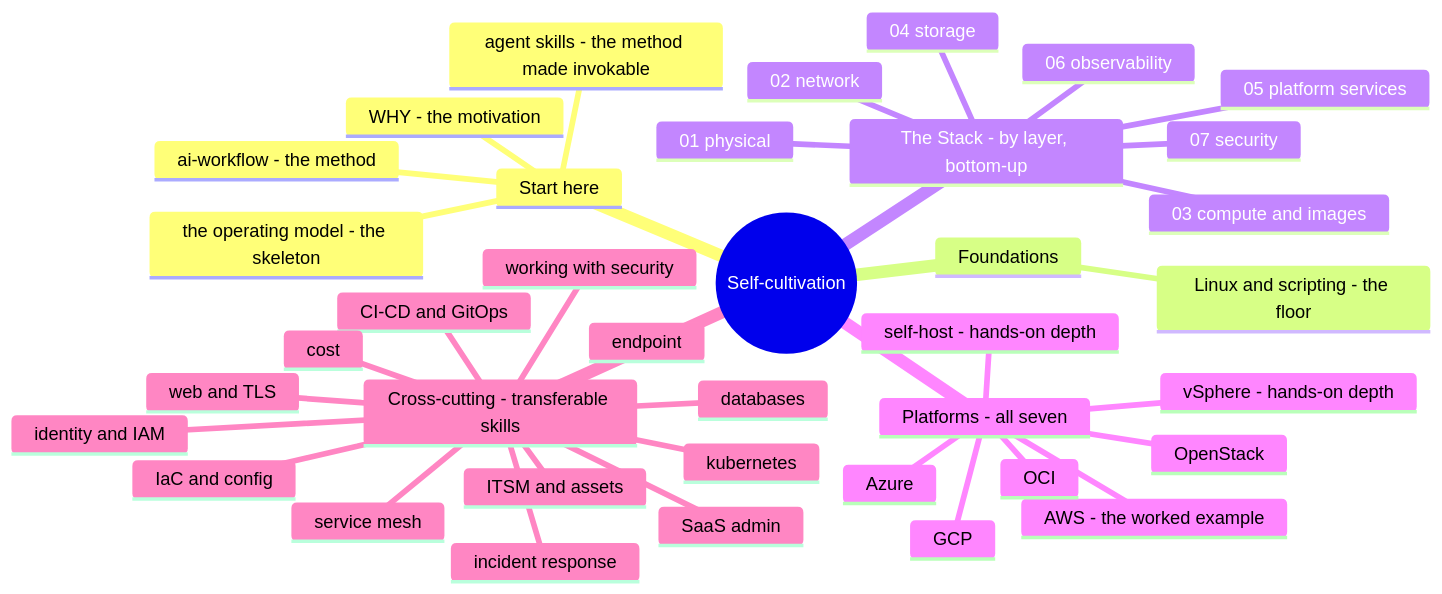
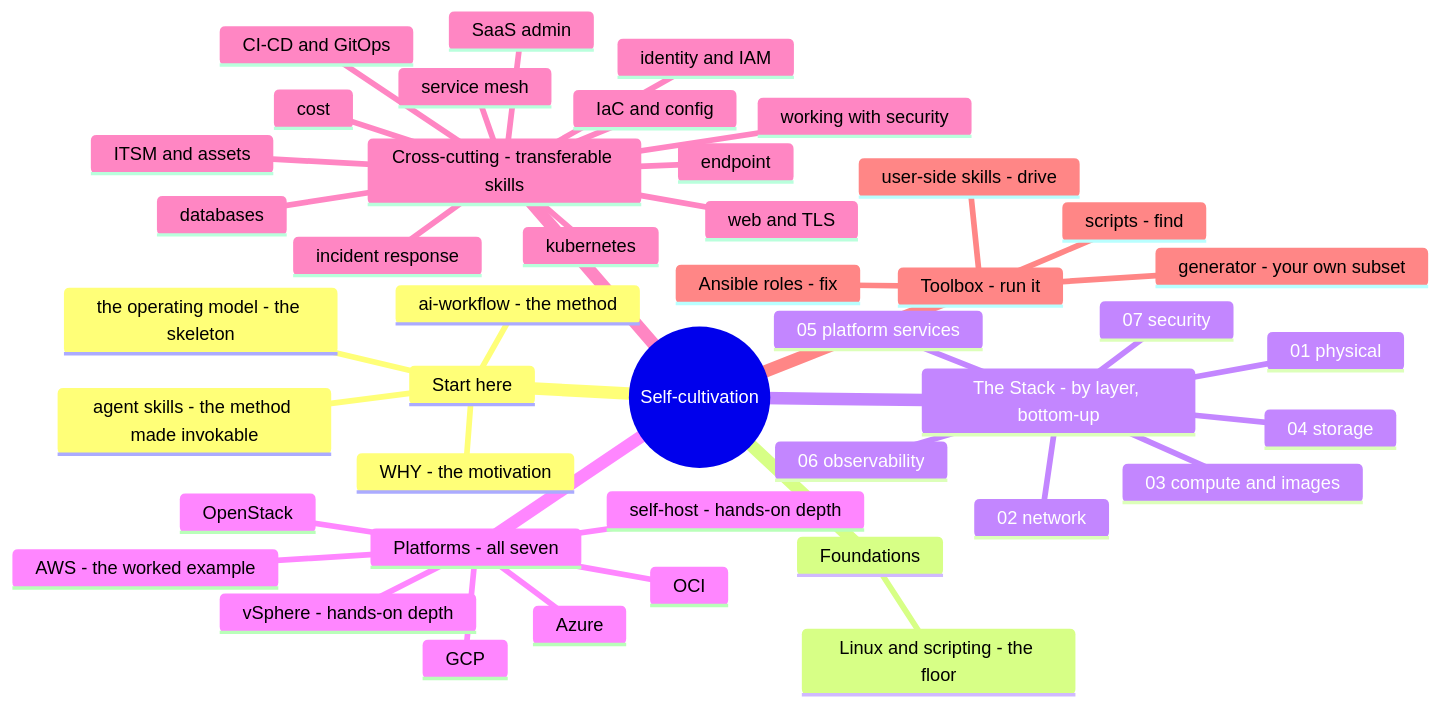
Before and after one commit to vicenteliu/sysadmin-self-cultivation: the second of 2 diagrams in README.md, drawn with Mermaid. The commit also changed other lines of this file and 1 other file, not shown here.

First line of the commit message:
README: surface the toolbox track (both languages)

````diff
--- a/README.md
+++ b/README.md
@@ -39,41 +39,46 @@
 ```mermaid
 mindmap
   root((Self-cultivation))
     Start here
       WHY - the motivation
       the operating model - the skeleton
       ai-workflow - the method
       agent skills - the method made invokable
     Foundations
       Linux and scripting - the floor
     The Stack - by layer, bottom-up
       01 physical
       02 network
       03 compute and images
       04 storage
       05 platform services
       06 observability
       07 security
     Platforms - all seven
       AWS - the worked example
       Azure
       GCP
       OCI
       vSphere - hands-on depth
       OpenStack
       self-host - hands-on depth
     Cross-cutting - transferable skills
       identity and IAM
       IaC and config
       CI-CD and GitOps
       databases
       ITSM and assets
       web and TLS
       service mesh
       incident response
       working with security
       SaaS admin
       kubernetes
       cost
       endpoint
+    Toolbox - run it
+      scripts - find
+      Ansible roles - fix
+      user-side skills - drive
+      generator - your own subset
 ```
````
